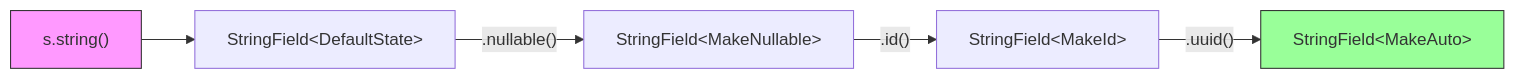
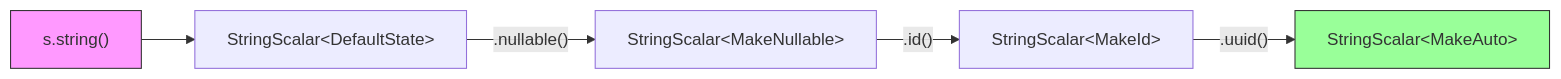
The second of 5 diagrams in readme/SCHEMA_ARCHITECTURE.md (beynar/viborm), drawn with Mermaid before and after one commit. The commit also changed other lines of this file and 552 other files, not shown here.

````diff
--- a/readme/SCHEMA_ARCHITECTURE.md
+++ b/readme/SCHEMA_ARCHITECTURE.md
@@ -96,10 +96,10 @@
 ```mermaid
 flowchart LR
-    A["s.string()"] --> B["StringField&lt;DefaultState&gt;"]
-    B -->|".nullable()"| C["StringField&lt;MakeNullable&gt;"]
-    C -->|".id()"| D["StringField&lt;MakeId&gt;"]
-    D -->|".uuid()"| E["StringField&lt;MakeAuto&gt;"]
+    A["s.string()"] --> B["StringScalar&lt;DefaultState&gt;"]
+    B -->|".nullable()"| C["StringScalar&lt;MakeNullable&gt;"]
+    C -->|".id()"| D["StringScalar&lt;MakeId&gt;"]
+    D -->|".uuid()"| E["StringScalar&lt;MakeAuto&gt;"]
     
     style A fill:#f9f,stroke:#333
     style E fill:#9f9,stroke:#333
 ```
````
